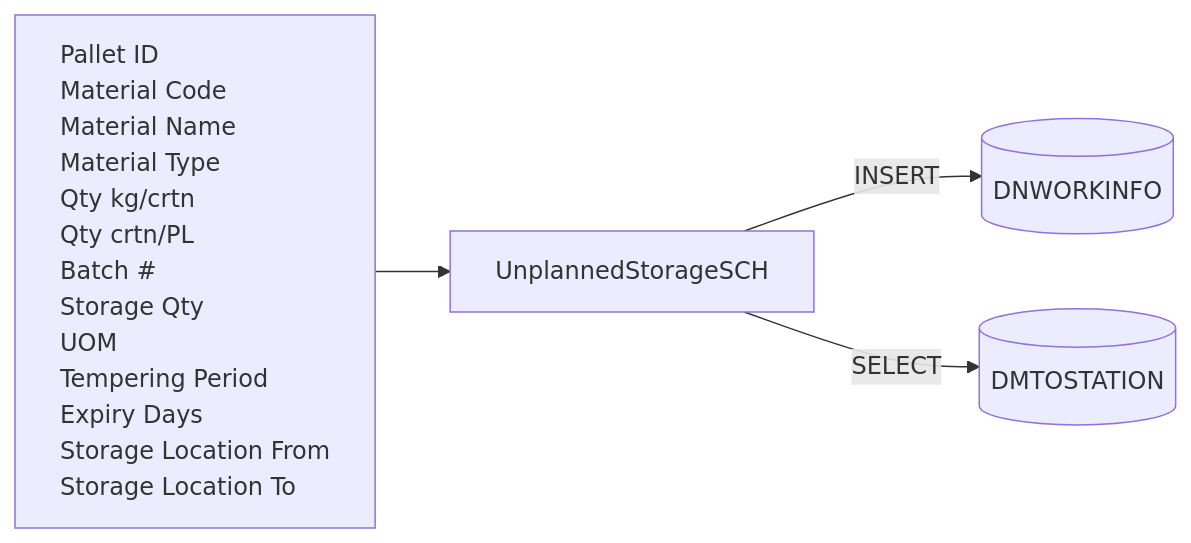
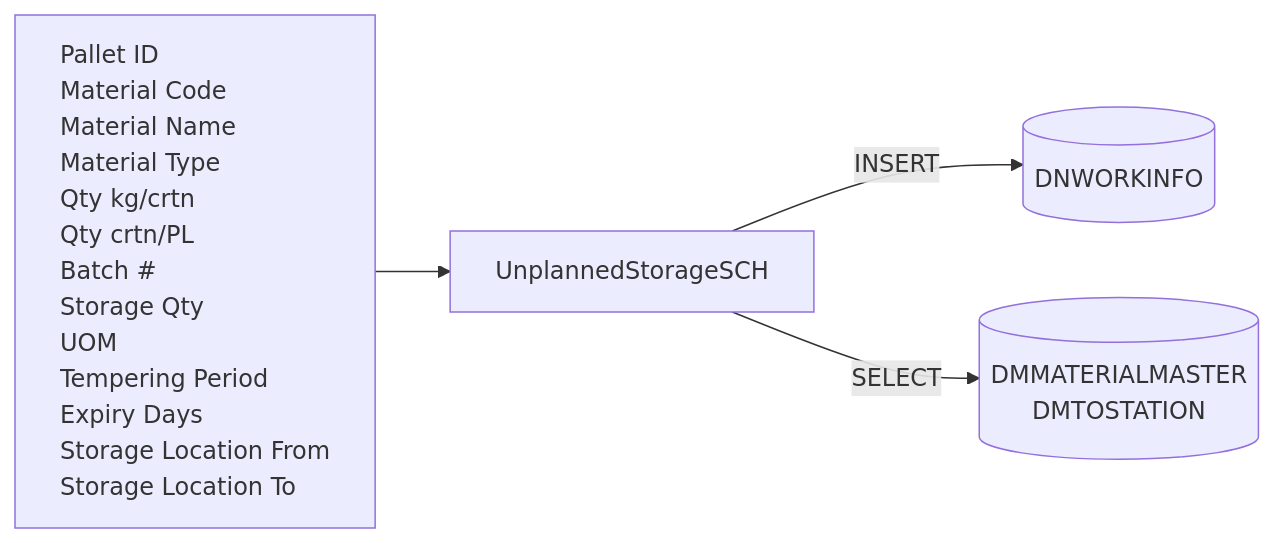
Before and after one commit to luthfiadityaa/SimeDarby-Wiki: the first of 20 diagrams in Basic-Design/DFD-WMS/Storage/Unplanned-Storage/Unplanned-Storage-from-HP.md, drawn with Mermaid.

Commit message:
Updated Unplanned Storage from HP

```diff
--- a/Basic-Design/DFD-WMS/Storage/Unplanned-Storage/Unplanned-Storage-from-HP.md
+++ b/Basic-Design/DFD-WMS/Storage/Unplanned-Storage/Unplanned-Storage-from-HP.md
@@ -57,35 +57,36 @@
 ::: mermaid
 flowchart LR
     input[
         Pallet ID
         Material Code
         Material Name
         Material Type
         Qty kg/crtn
         Qty crtn/PL
         Batch #
         Storage Qty
         UOM
         Tempering Period
         Expiry Days
         Storage Location From
         Storage Location To        
     ]
 
     tableList-insert[("
         DNWORKINFO
     ")]
 
     tableList-select[("
+        DMMATERIALMASTER
         DMTOSTATION
     ")]
 
 
     className[UnplannedStorageSCH]
 
     input --> className --> |INSERT| tableList-insert
     className --> |SELECT| tableList-select
 
     classDef leftAlign text-align:left;
     class input leftAlign;
 :::
```
